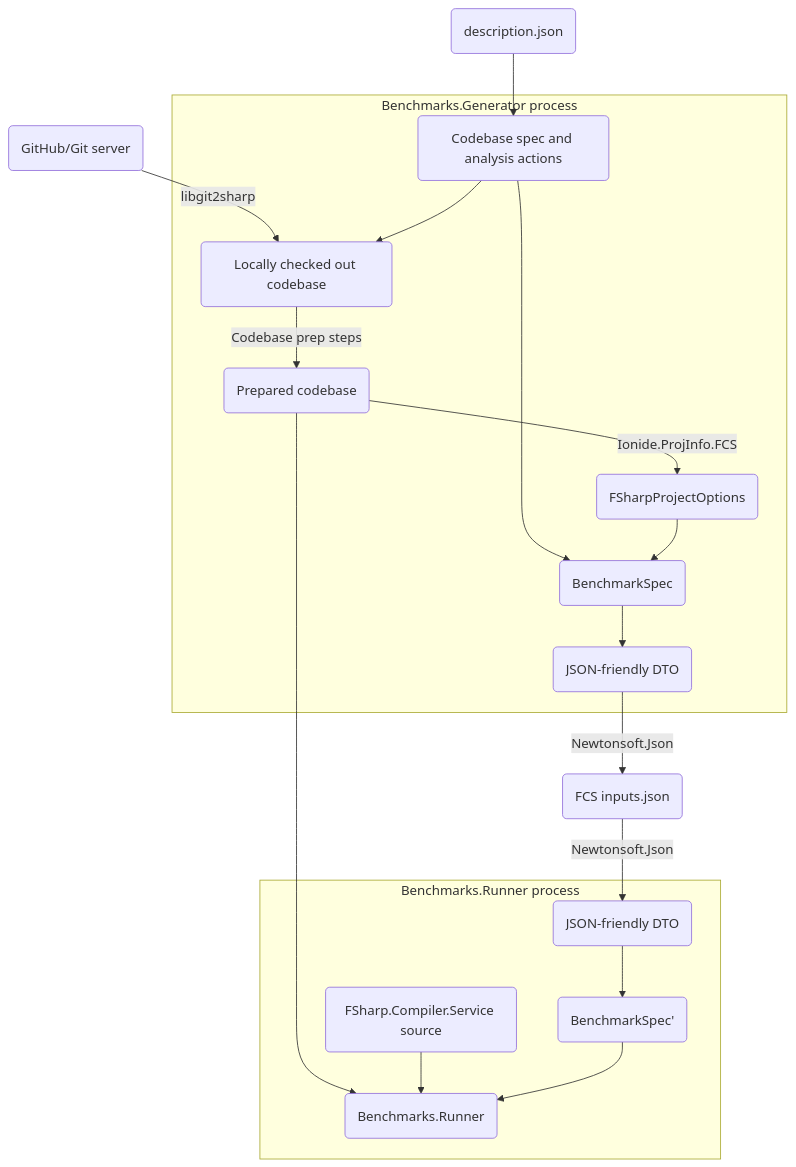
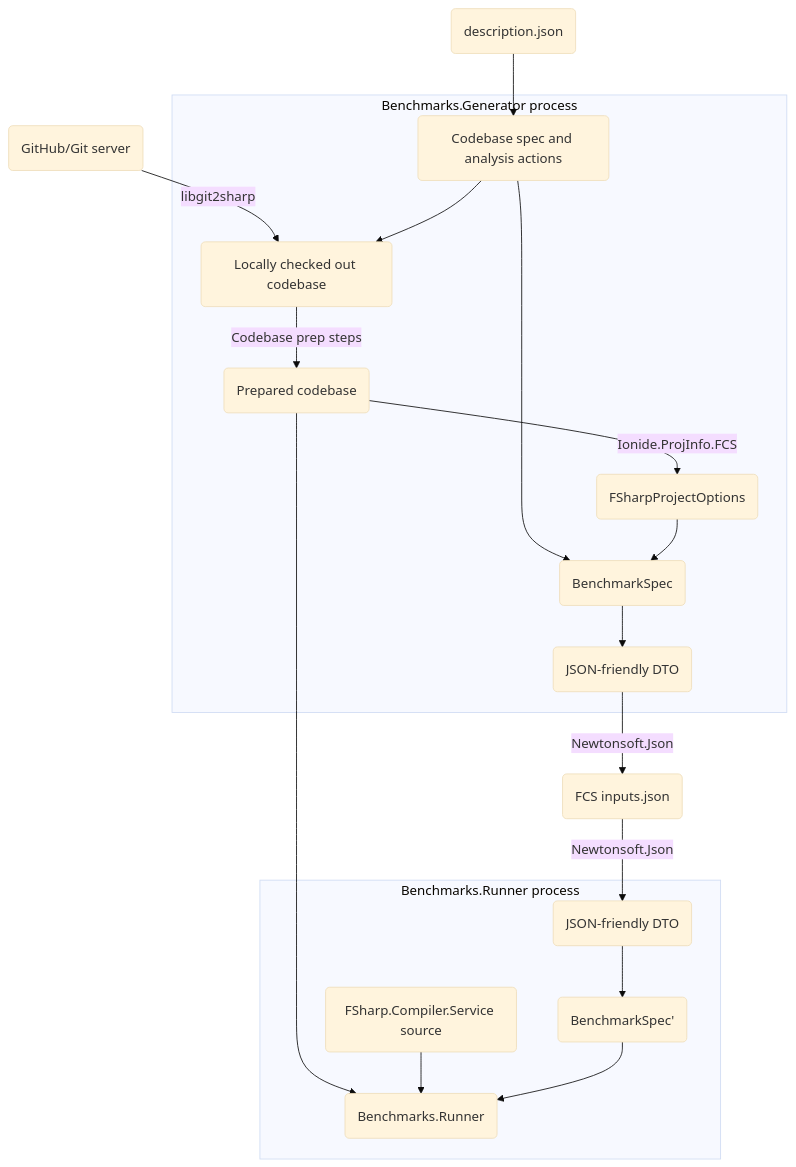
Before and after one commit to safesparrow/fsharp-benchmark-generator: the second of 2 diagrams in README.md, drawn with Mermaid.

````diff
--- a/README.md
+++ b/README.md
@@ -35,23 +35,24 @@
 ```mermaid
+%%{init: {'theme':'base'}}%%
 graph TD;
     AA(description.json)
     AA-->A
     AB(GitHub/Git server)
     AB-->|libgit2sharp|B
     subgraph Benchmarks.Generator process
         A(Codebase spec and analysis actions)-->B(Locally checked out codebase);
         B-->|Codebase prep steps| B1(Prepared codebase)
         B1-->|Ionide.ProjInfo.FCS| C(FSharpProjectOptions)
         A-->D(BenchmarkSpec)
         C-->D
         D-->E(JSON-friendly DTO)
     end
     E-->|Newtonsoft.Json|F(FCS inputs.json)
     F-->|Newtonsoft.Json|G(JSON-friendly DTO)
     B1-->K
     subgraph Benchmarks.Runner process
         G-->H(BenchmarkSpec')
         J(FSharp.Compiler.Service source)-->K(Benchmarks.Runner)
         H-->K
     end
 ```
````
